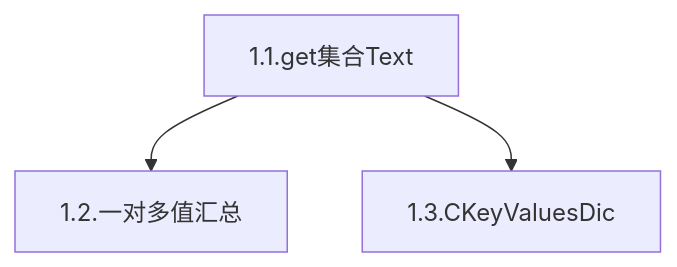
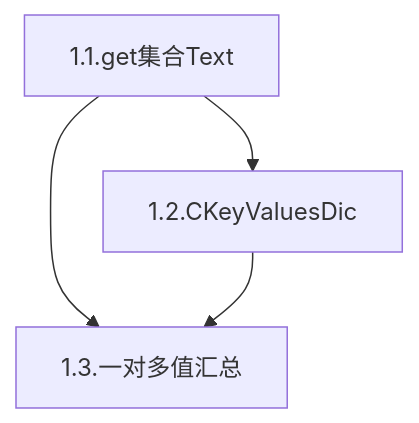
The first of 2 diagrams in 一键多值字典/README.md (code4101/MyExcel), drawn with Mermaid before and after one commit. The commit also changed other lines of this file and 2 other files, not shown here.

````diff
--- a/一键多值字典/README.md
+++ b/一键多值字典/README.md
@@ -15,5 +15,6 @@
 ```mermaid
 graph TD;
-  1.1.get集合Text-->1.2.一对多值汇总;
-  1.1.get集合Text-->1.3.CKeyValuesDic;
+  1.1.get集合Text-->1.2.CKeyValuesDic;
+  1.1.get集合Text-->1.3.一对多值汇总;
+  1.2.CKeyValuesDic-->1.3.一对多值汇总;
 ```
````
